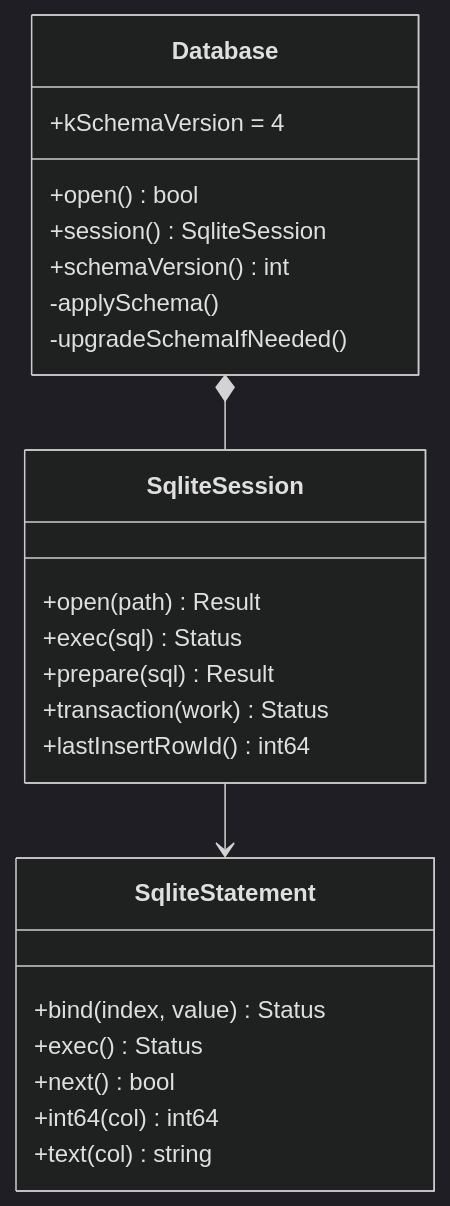
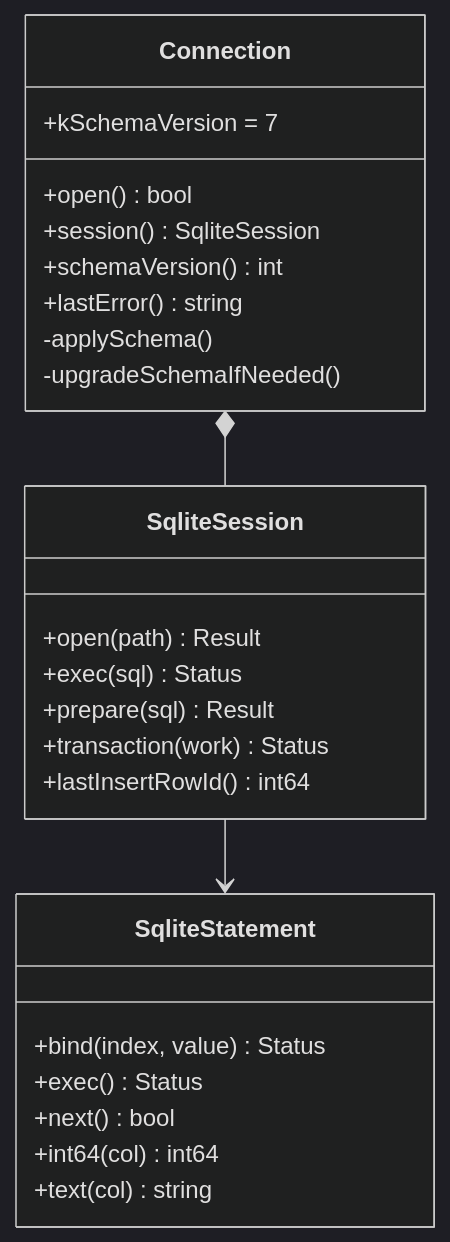
The tenth of 27 diagrams in docs/architecture/beta-uml.md (medaminben/VLMS), drawn with Mermaid (dark theme) before and after one commit. The commit also changed other lines of this file, not shown here.

Commit message:
Refresh the Beta UML for the library split and schema 7.

````diff
--- a/docs/architecture/beta-uml.md
+++ b/docs/architecture/beta-uml.md
@@ -288,28 +342,29 @@
 ```mermaid
 classDiagram
     direction TB
-    class Database {
-        +kSchemaVersion = 4
+    class Connection {
+        +kSchemaVersion = 7
         +open() bool
         +session() SqliteSession
         +schemaVersion() int
+        +lastError() string
         -applySchema()
         -upgradeSchemaIfNeeded()
     }
     class SqliteSession {
         +open(path) Result
         +exec(sql) Status
         +prepare(sql) Result
         +transaction(work) Status
         +lastInsertRowId() int64
     }
     class SqliteStatement {
         +bind(index, value) Status
         +exec() Status
         +next() bool
         +int64(col) int64
         +text(col) string
     }
-    Database *-- SqliteSession
+    Connection *-- SqliteSession
     SqliteSession --> SqliteStatement
 ```
````
